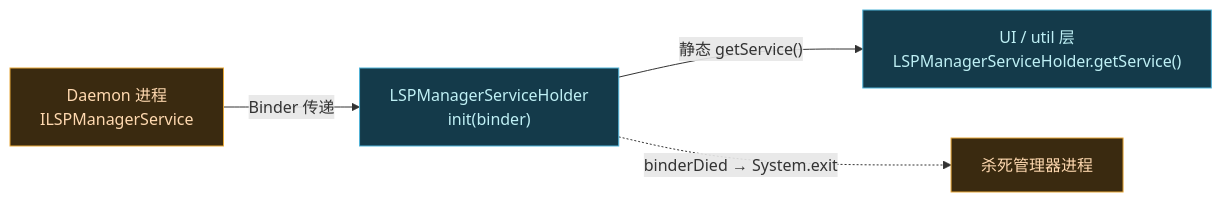
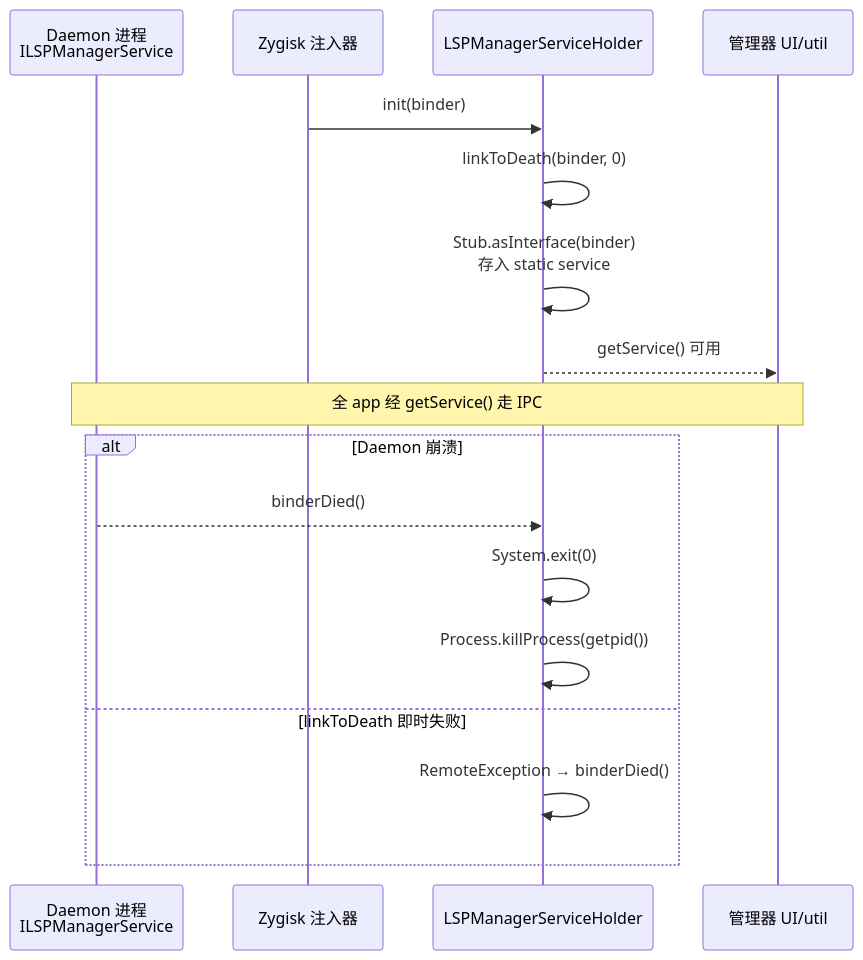
One commit to android-security-engineer/Vector-skills changed the second of 2 diagrams in website/docs/reference/classes/app-receivers.md. Above: the diagram before and after it, drawn with Mermaid. The commit also changed other lines of this file and 176 other files, not shown here.

````diff
--- a/website/docs/reference/classes/app-receivers.md
+++ b/website/docs/reference/classes/app-receivers.md
@@ -16,11 +44,21 @@
 ```mermaid
-graph LR
-    DAEMON["Daemon 进程<br/>ILSPManagerService"]:::core
-    HOLDER["LSPManagerServiceHolder<br/>init(binder)"]:::ui
-    UI["UI / util 层<br/>LSPManagerServiceHolder.getService()"]:::ui
-    DAEMON -- "Binder 传递" --> HOLDER
-    HOLDER -- "静态 getService()" --> UI
-    HOLDER -. "binderDied → System.exit" .-> EXIT["杀死管理器进程"]:::core
-    classDef core fill:#3a2a10,stroke:#e8a838,color:#ffd9b0
-    classDef ui fill:#143a4a,stroke:#4fb3d8,color:#bff0f5
+sequenceDiagram
+    participant DAEMON as Daemon 进程<br/>ILSPManagerService
+    participant ZY as Zygisk 注入器
+    participant HOLDER as LSPManagerServiceHolder
+    participant UI as 管理器 UI/util
+
+    ZY->>HOLDER: init(binder)
+    HOLDER->>HOLDER: linkToDeath(binder, 0)
+    HOLDER->>HOLDER: Stub.asInterface(binder)<br/>存入 static service
+    HOLDER-->>UI: getService() 可用
+    Note over UI,DAEMON: 全 app 经 getService() 走 IPC
+
+    alt Daemon 崩溃
+        DAEMON-->>HOLDER: binderDied()
+        HOLDER->>HOLDER: System.exit(0)
+        HOLDER->>HOLDER: Process.killProcess(getpid())
+    else linkToDeath 即时失败
+        HOLDER->>HOLDER: RemoteException → binderDied()
+    end
 ```
````
